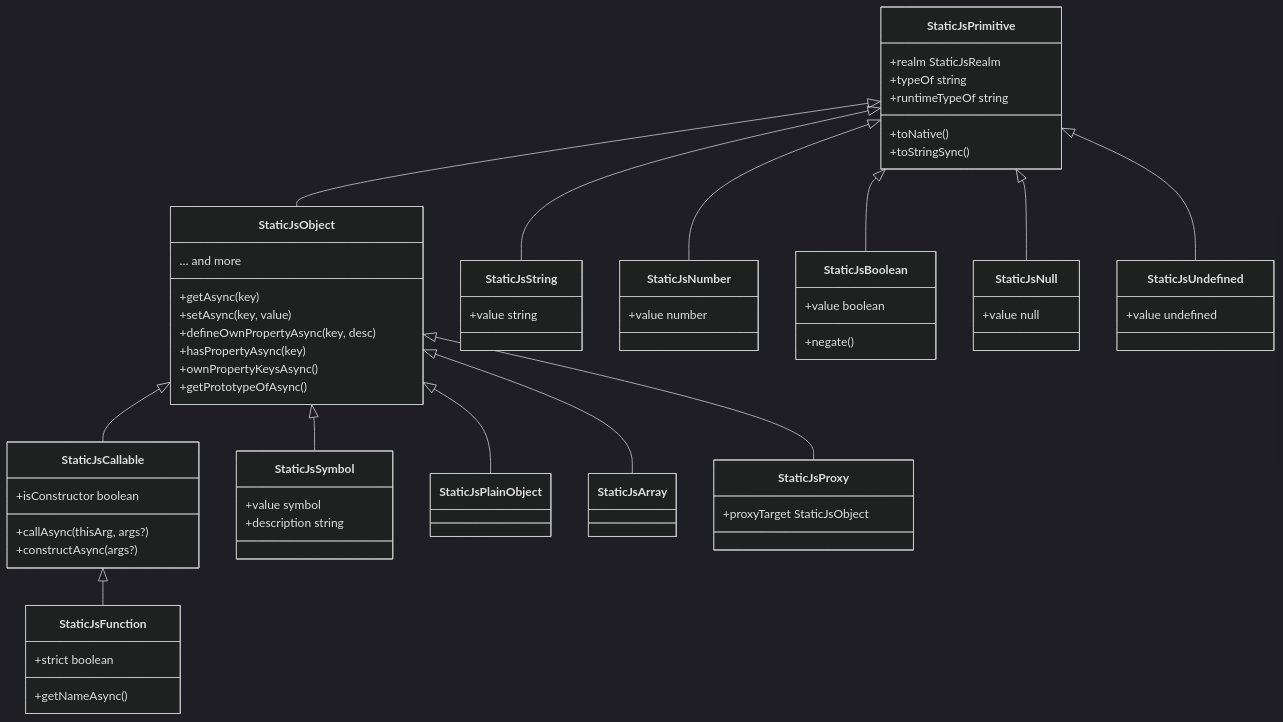
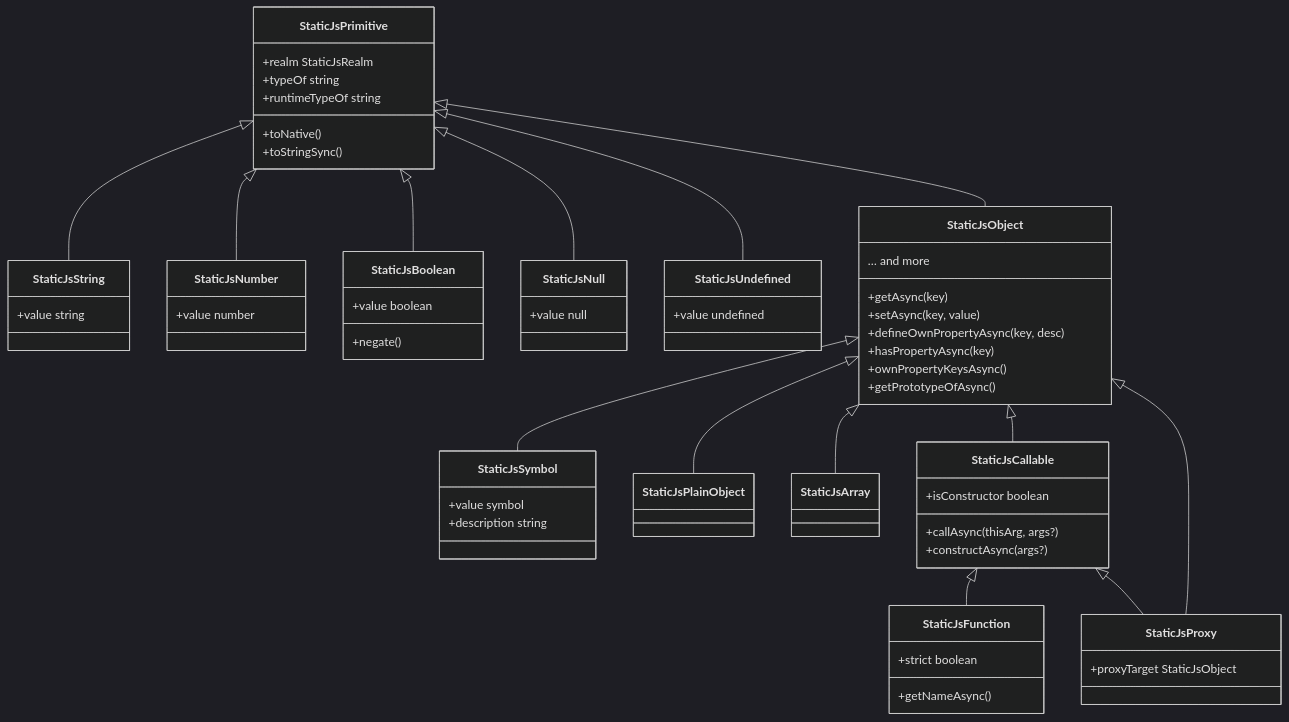
One commit to SunsetFi/suntime-js changed the diagram in docs/docs/api/types/index.md. Above: the diagram before and after it, drawn with Mermaid (dark theme). The commit also changed other lines of this file and 9 other files, not shown here.

````diff
--- a/docs/docs/api/types/index.md
+++ b/docs/docs/api/types/index.md
@@ -17,66 +17,67 @@
 ```mermaid
 classDiagram
     class StaticJsPrimitive["StaticJsPrimitive"] {
         +realm StaticJsRealm
         +typeOf string
         +runtimeTypeOf string
         +toNative()
         +toStringSync()
     }
     class StaticJsObject["StaticJsObject"] {
         +getAsync(key)
         +setAsync(key, value)
         +defineOwnPropertyAsync(key, desc)
         +hasPropertyAsync(key)
         +ownPropertyKeysAsync()
         +getPrototypeOfAsync()
         … and more
     }
     class StaticJsCallable["StaticJsCallable"] {
         +isConstructor boolean
         +callAsync(thisArg, args?)
         +constructAsync(args?)
     }
     class StaticJsString {
         +value string
     }
     class StaticJsNumber {
         +value number
     }
     class StaticJsBoolean {
         +value boolean
         +negate()
     }
     class StaticJsNull {
         +value null
     }
     class StaticJsUndefined {
         +value undefined
     }
     class StaticJsSymbol {
         +value symbol
         +description string
     }
     class StaticJsPlainObject
     class StaticJsArray
     class StaticJsFunction {
         +strict boolean
         +getNameAsync()
     }
     class StaticJsProxy {
         +proxyTarget StaticJsObject
     }
 
     StaticJsPrimitive <|-- StaticJsString
     StaticJsPrimitive <|-- StaticJsNumber
     StaticJsPrimitive <|-- StaticJsBoolean
     StaticJsPrimitive <|-- StaticJsNull
     StaticJsPrimitive <|-- StaticJsUndefined
     StaticJsPrimitive <|-- StaticJsObject
     StaticJsObject <|-- StaticJsSymbol
     StaticJsObject <|-- StaticJsPlainObject
     StaticJsObject <|-- StaticJsArray
     StaticJsObject <|-- StaticJsCallable
     StaticJsCallable <|-- StaticJsFunction
     StaticJsObject <|-- StaticJsProxy
+    StaticJsCallable <|-- StaticJsProxy
 ```
````
